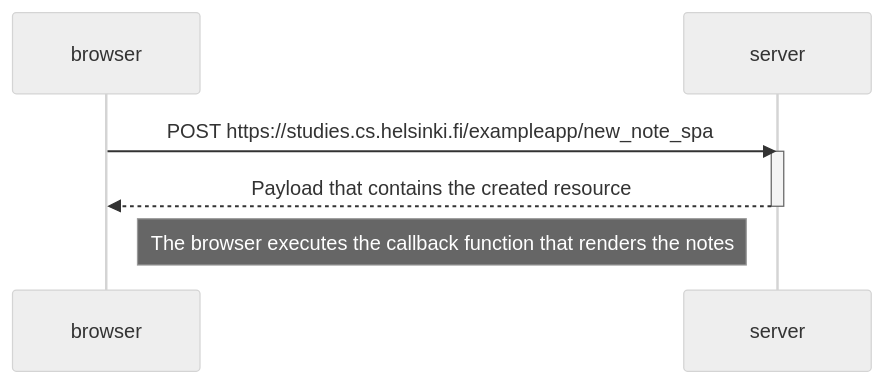
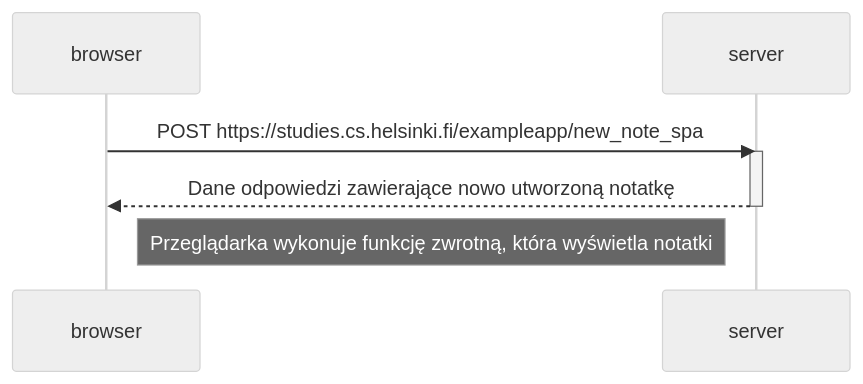
The diagram in part0/zadanie0.6.md (3bartekk/fullstackKB), drawn with Mermaid (neutral theme) before and after one commit.

````diff
--- a/part0/zadanie0.6.md
+++ b/part0/zadanie0.6.md
@@ -1,12 +1,12 @@
 ```mermaid
 sequenceDiagram
 participant browser
 participant server
 
     browser->>server: POST https://studies.cs.helsinki.fi/exampleapp/new_note_spa
     activate server
-    server-->>browser: Payload that contains the created resource
+    server-->>browser: Dane odpowiedzi zawierające nowo utworzoną notatkę
     deactivate server
 
-    Note right of browser: The browser executes the callback function that renders the notes
+    Note right of browser: Przeglądarka wykonuje funkcję zwrotną, która wyświetla notatki
 ```
````
